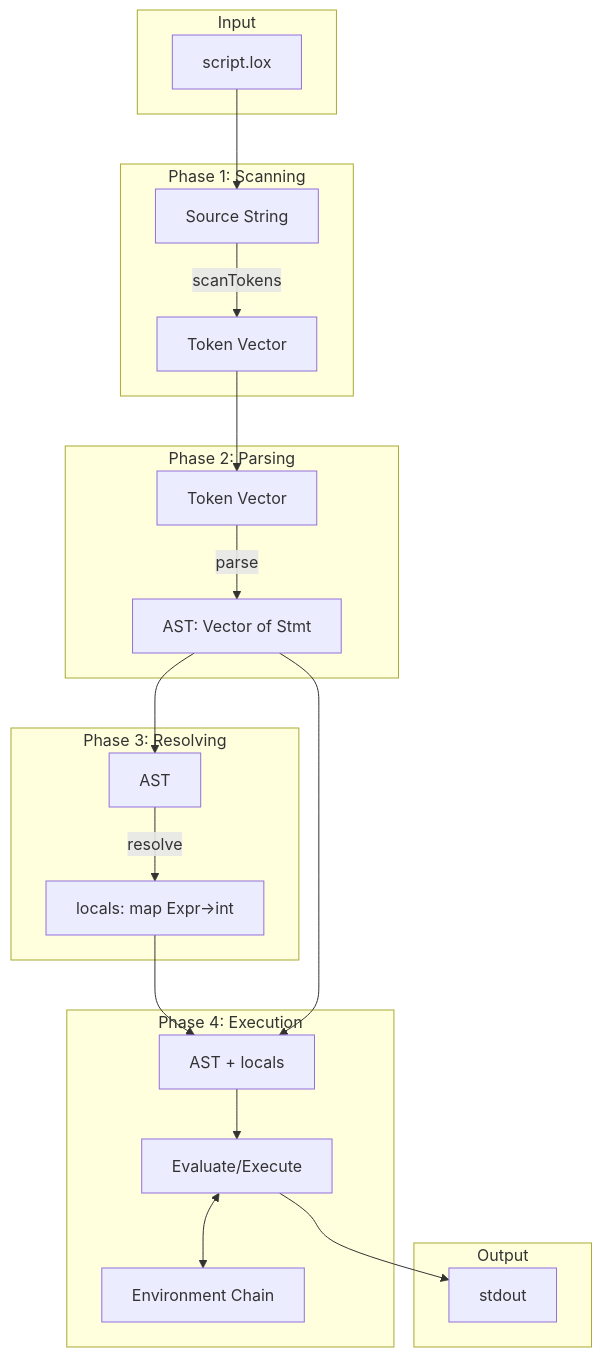
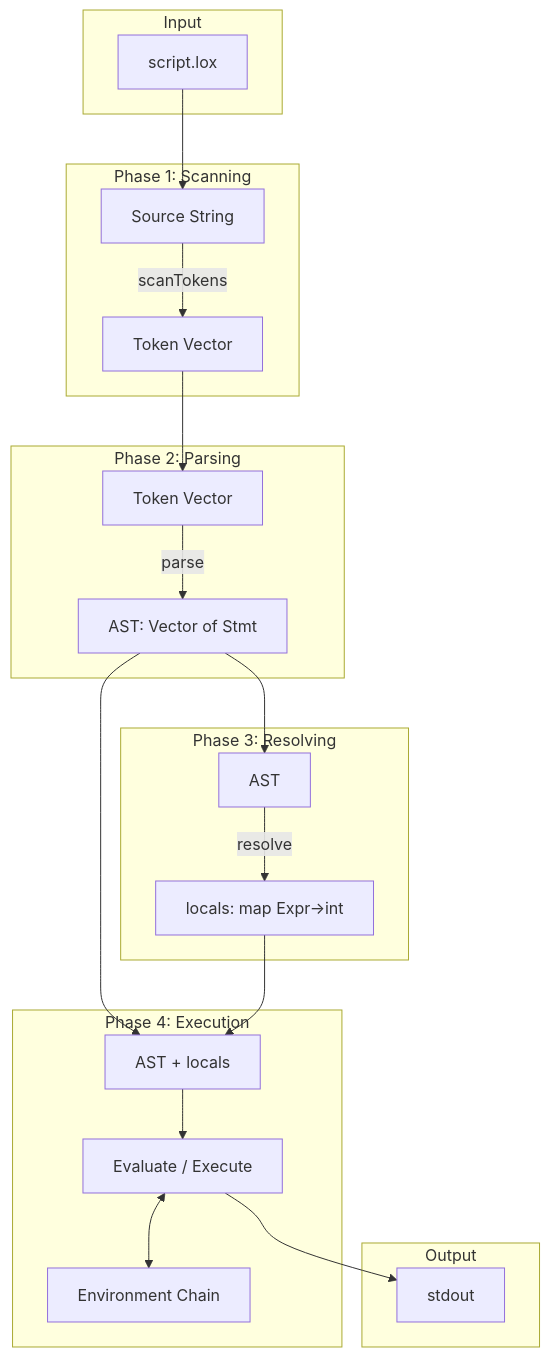
Before and after one commit to IshpreetSingh8264/Interpreter-Cpp: diagram 13 of 14 in docs/CODE_FLOW.md, drawn with Mermaid. The commit also changed other lines of this file, not shown here.

````diff
--- a/docs/CODE_FLOW.md
+++ b/docs/CODE_FLOW.md
@@ -331,42 +331,45 @@
 ```mermaid
 flowchart TB
     subgraph Input
         A[script.lox]
     end
-    
+  
     subgraph "Phase 1: Scanning"
         B[Source String]
         C[Token Vector]
         B -->|scanTokens| C
     end
-    
+  
     subgraph "Phase 2: Parsing"
         D[Token Vector]
         E[AST: Vector of Stmt]
         D -->|parse| E
     end
-    
+  
     subgraph "Phase 3: Resolving"
         F[AST]
-        G[locals: map Expr→int]
+        G[locals: map Expr->int]
         F -->|resolve| G
     end
-    
+  
     subgraph "Phase 4: Execution"
         H[AST + locals]
-        I[Evaluate/Execute]
+        I[Evaluate / Execute]
         J[Environment Chain]
         H --> I
         I <--> J
     end
-    
+  
     subgraph Output
         K[stdout]
     end
-    
+  
     A --> B
     C --> D
     E --> F
-    G & E --> H
+    E --> H
+    G --> H
     I --> K
+
+
 ```
````
